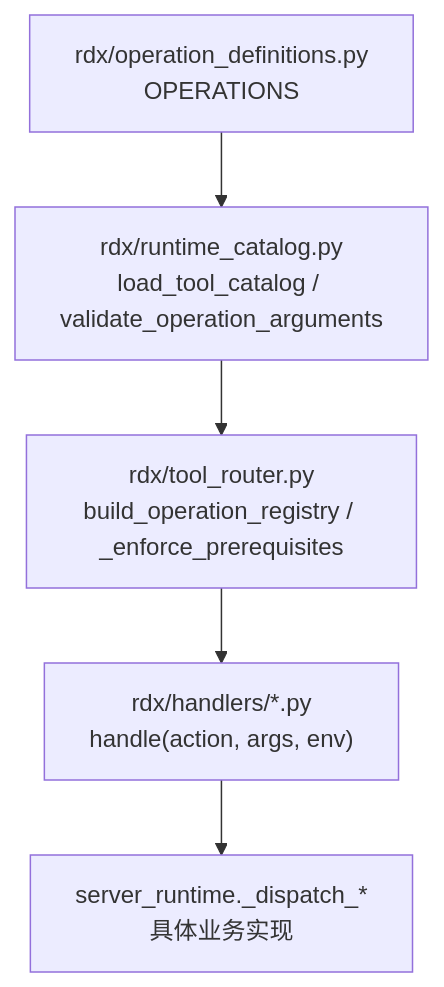
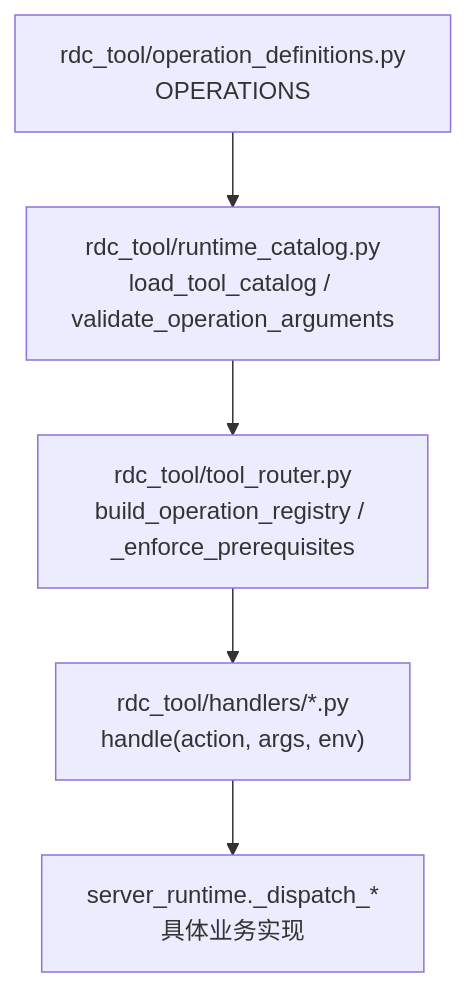
The first of 6 diagrams in .qoder/repowiki/zh/content/开发指南/添加新操作/添加新操作.md (haolange/RDC-Tool), drawn with Mermaid before and after one commit. The commit also changed other lines of this file and 388 other files, not shown here.

First line of the commit message:
Release RDC-Tool identity and public maintenance surface

````diff
--- a/.qoder/repowiki/zh/content/开发指南/添加新操作/添加新操作.md
+++ b/.qoder/repowiki/zh/content/开发指南/添加新操作/添加新操作.md
@@ -40,7 +40,7 @@
 ```mermaid
 graph TB
-A["rdx/operation_definitions.py<br/>OPERATIONS"] --> B["rdx/runtime_catalog.py<br/>load_tool_catalog / validate_operation_arguments"]
-B --> C["rdx/tool_router.py<br/>build_operation_registry / _enforce_prerequisites"]
-C --> D["rdx/handlers/*.py<br/>handle(action, args, env)"]
+A["rdc_tool/operation_definitions.py<br/>OPERATIONS"] --> B["rdc_tool/runtime_catalog.py<br/>load_tool_catalog / validate_operation_arguments"]
+B --> C["rdc_tool/tool_router.py<br/>build_operation_registry / _enforce_prerequisites"]
+C --> D["rdc_tool/handlers/*.py<br/>handle(action, args, env)"]
 D --> E["server_runtime._dispatch_*<br/>具体业务实现"]
 ```
````
